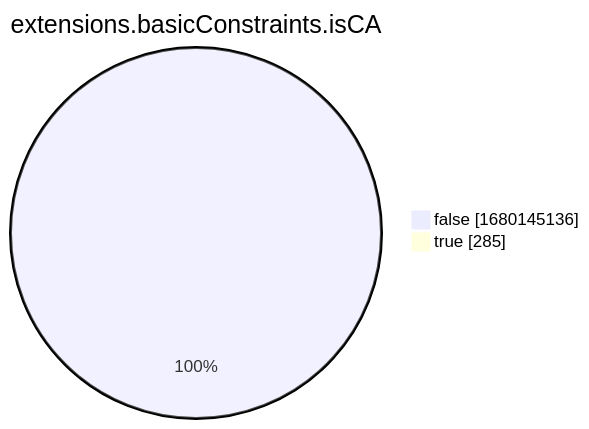
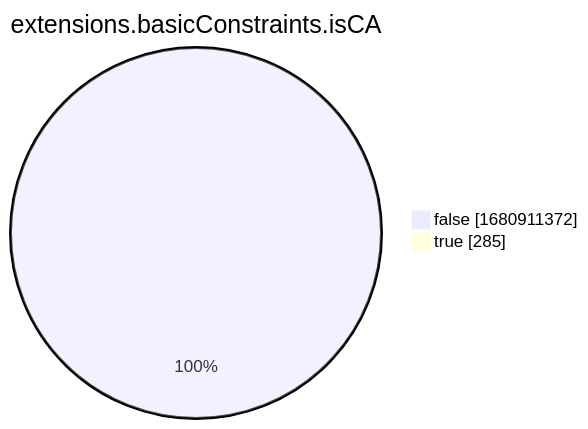
The eighth of 15 diagrams in xenon2022/README.md (christiankrug/ctmonitor_visualization), drawn with Mermaid before and after one commit. The commit also changed other lines of this file, not shown here.

````diff
--- a/xenon2022/README.md
+++ b/xenon2022/README.md
@@ -2865,6 +2865,6 @@
 ```mermaid
 pie showData
 title extensions.basicConstraints.isCA
-"false" :1680145136
+"false" :1680911372
 "true" :285
 ```
````
